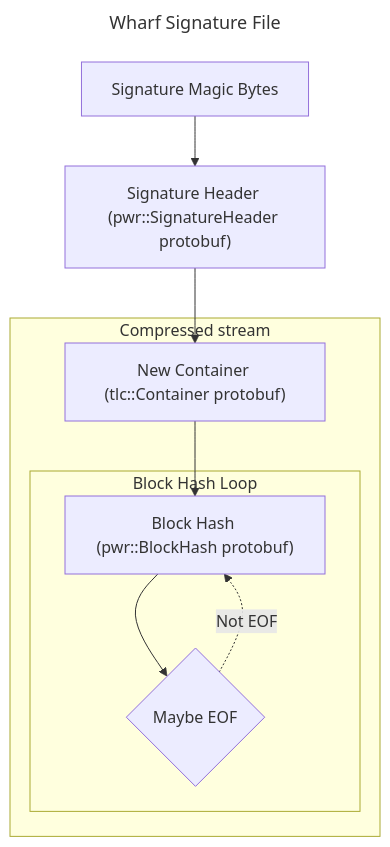
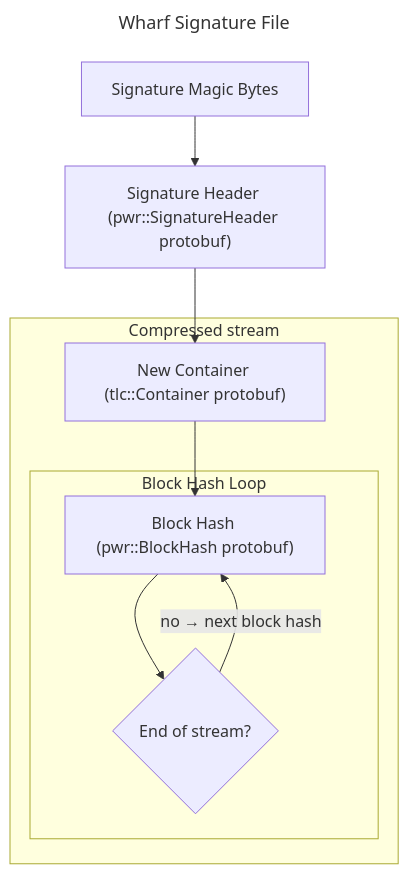
Before and after one commit to Vidi0/scratch-io: the diagram in docs/wharf/file_formats/signature.md, drawn with Mermaid. The commit also changed 1 other file, not shown here.

Commit message:
Replace "Maybe EOF" with "End of stream?" in docs flowchart

````diff
--- a/docs/wharf/file_formats/signature.md
+++ b/docs/wharf/file_formats/signature.md
@@ -1,15 +1,15 @@
 ```mermaid
 ---
 title: Wharf Signature File
 ---
 flowchart TB
     Magic["Signature Magic Bytes"] --> SignatureHeader["Signature Header (pwr::SignatureHeader protobuf)"]
     SignatureHeader --> ContainerNew
     subgraph Compressed["Compressed stream"]
         ContainerNew["New Container (tlc::Container protobuf)"] --> BlockHash["Block Hash (pwr::BlockHash protobuf)"]
         subgraph BlockHashLoop["Block Hash Loop"]
             BlockHash --> EOF
-            EOF{"Maybe EOF"} .->|"Not EOF"| BlockHash
+            EOF{"End of stream?"} -->|"no → next block hash"| BlockHash
         end
     end
 ```
````
